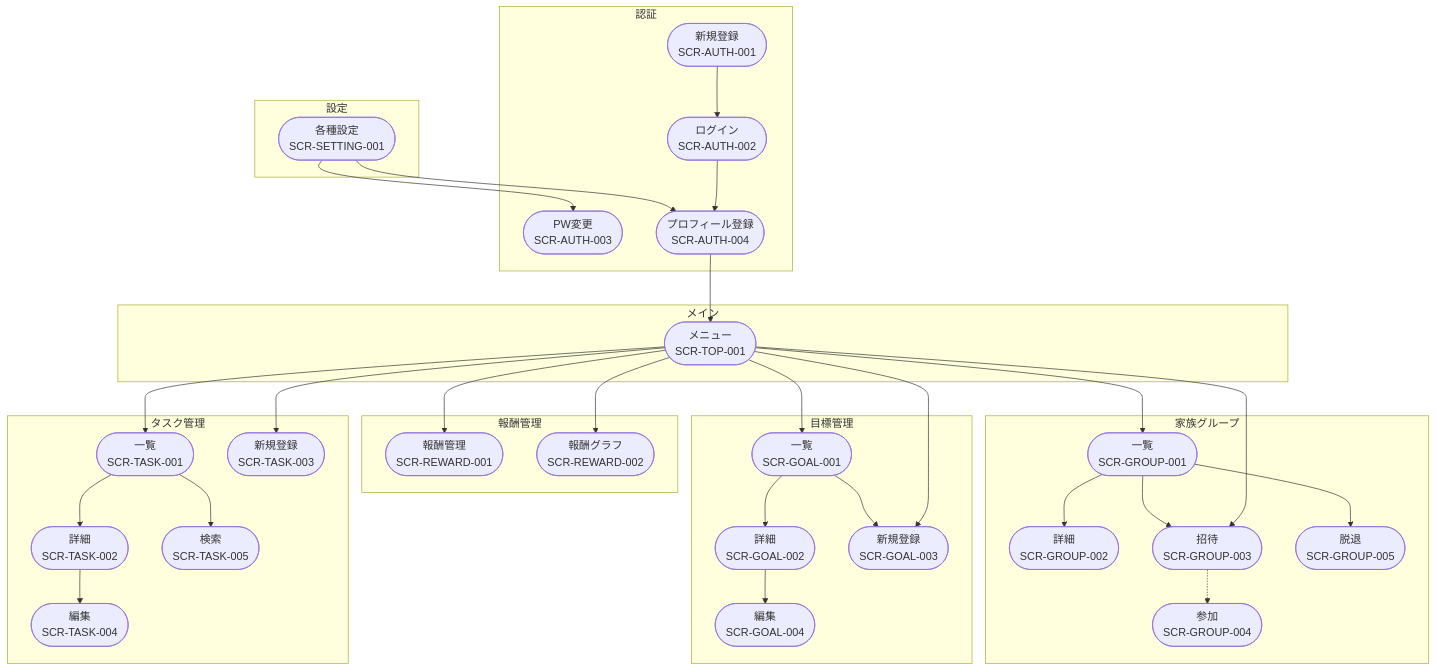
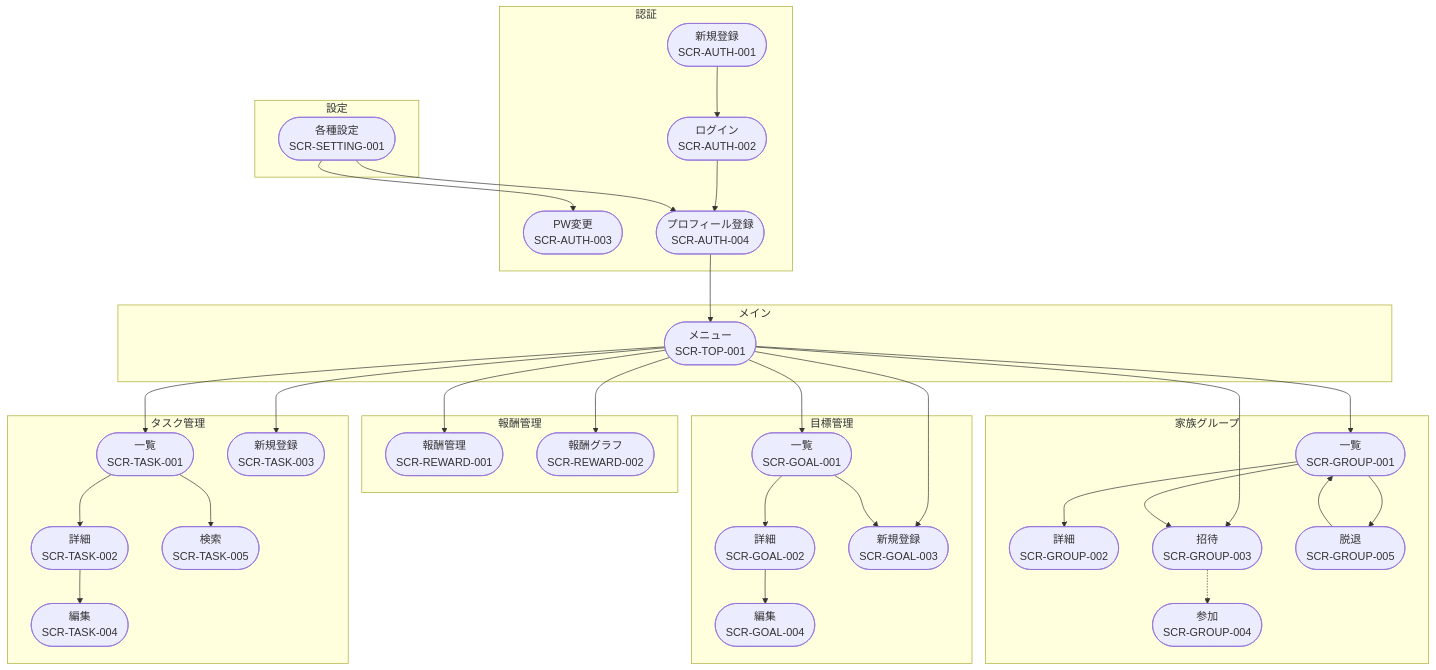
The ninth of 9 diagrams in docs/design/diagrams/screen-transition.md (Masahiro335/fambiz-prototype), drawn with Mermaid before and after one commit. The commit also changed other lines of this file and 2 other files, not shown here.

Commit message:
docs(design): SCR-GROUP-005 脱退成功後の画面遷移仕様を追記

````diff
--- a/docs/design/diagrams/screen-transition.md
+++ b/docs/design/diagrams/screen-transition.md
@@ -150,55 +151,56 @@
 ```mermaid
 flowchart TD
     subgraph AUTH[認証]
         A001([新規登録\nSCR-AUTH-001])
         A002([ログイン\nSCR-AUTH-002])
         A003([PW変更\nSCR-AUTH-003])
         A004([プロフィール登録\nSCR-AUTH-004])
     end
 
     subgraph MAIN[メイン]
         TOP([メニュー\nSCR-TOP-001])
     end
 
     subgraph TASK[タスク管理]
         T001([一覧\nSCR-TASK-001])
         T002([詳細\nSCR-TASK-002])
         T003([新規登録\nSCR-TASK-003])
         T004([編集\nSCR-TASK-004])
         T005([検索\nSCR-TASK-005])
     end
 
     subgraph GOAL[目標管理]
         G001([一覧\nSCR-GOAL-001])
         G002([詳細\nSCR-GOAL-002])
         G003([新規登録\nSCR-GOAL-003])
         G004([編集\nSCR-GOAL-004])
     end
 
     subgraph REWARD[報酬管理]
         R001([報酬管理\nSCR-REWARD-001])
         R002([報酬グラフ\nSCR-REWARD-002])
     end
 
     subgraph GROUP[家族グループ]
         GR001([一覧\nSCR-GROUP-001])
         GR002([詳細\nSCR-GROUP-002])
         GR003([招待\nSCR-GROUP-003])
         GR004([参加\nSCR-GROUP-004])
         GR005([脱退\nSCR-GROUP-005])
     end
 
     subgraph SETTING[設定]
         S001([各種設定\nSCR-SETTING-001])
     end
 
     A001 --> A002 --> A004 --> TOP
     TOP --> T001 & T003 & G001 & G003 & R001 & R002 & GR001 & GR003
     T001 --> T002 & T005
     T002 --> T004
     G001 --> G002 & G003
     G002 --> G004
     GR001 --> GR002 & GR003 & GR005
+    GR005 --> GR001
     GR003 -.-> GR004
     S001 --> A004 & A003
 ```
````
